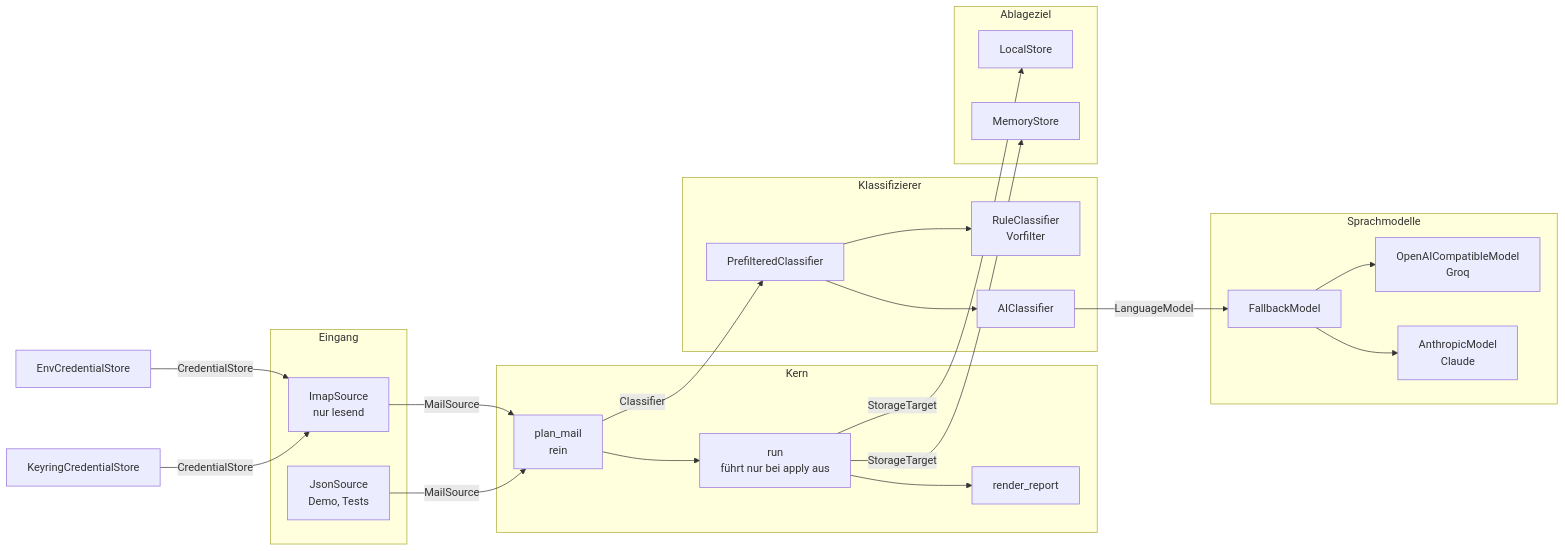
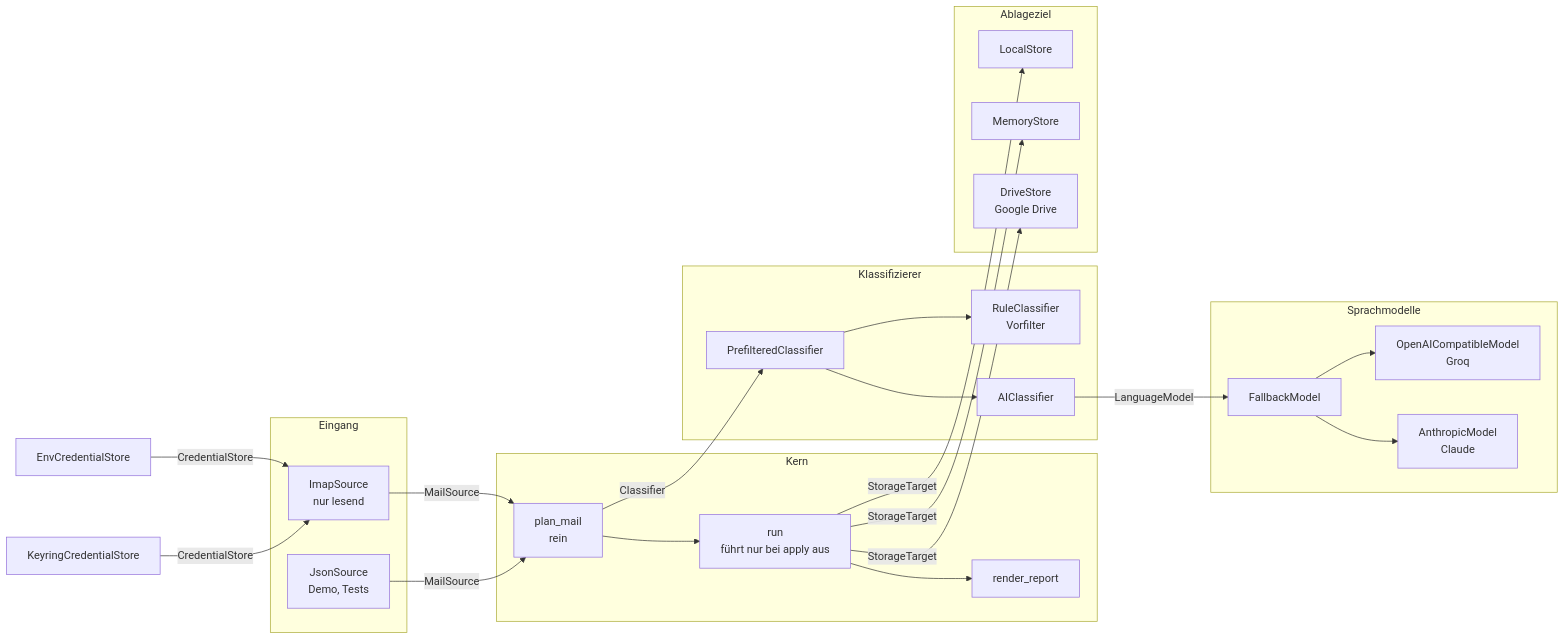
The first of 2 diagrams in docs/architecture.md (trais92/paperpilot), drawn with Mermaid before and after one commit. The commit also changed other lines of this file and 22 other files, not shown here.

First line of the commit message:
Google Drive als Ablageziel: DriveStore, Anmeldung im Browser, nur drive.file

````diff
--- a/docs/architecture.md
+++ b/docs/architecture.md
@@ -9,28 +9,29 @@
 ```mermaid
 flowchart LR
     subgraph Adapter_ein[Eingang]
         IMAP[ImapSource<br/>nur lesend]
         JSON[JsonSource<br/>Demo, Tests]
     end
     subgraph Kern
         PL[plan_mail<br/>rein] --> RUN[run<br/>führt nur bei apply aus]
         RUN --> REP[render_report]
     end
     subgraph Adapter_ki[Klassifizierer]
         PF[PrefilteredClassifier] --> RC[RuleClassifier<br/>Vorfilter]
         PF --> AI[AIClassifier]
     end
     subgraph Adapter_lm[Sprachmodelle]
         FB[FallbackModel] --> OC[OpenAICompatibleModel<br/>Groq]
         FB --> AN[AnthropicModel<br/>Claude]
     end
     subgraph Adapter_aus[Ablageziel]
         LS[LocalStore]
         MS[MemoryStore]
+        DS[DriveStore<br/>Google Drive]
     end
     IMAP & JSON -- MailSource --> PL
     PL -- Classifier --> PF
     AI -- LanguageModel --> FB
-    RUN -- StorageTarget --> LS & MS
+    RUN -- StorageTarget --> LS & MS & DS
     ENV[EnvCredentialStore] & KR[KeyringCredentialStore] -- CredentialStore --> IMAP
 ```
````
